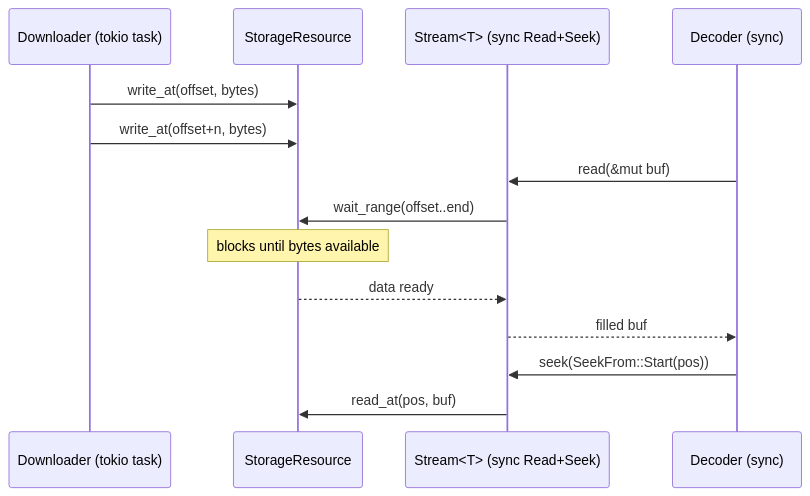
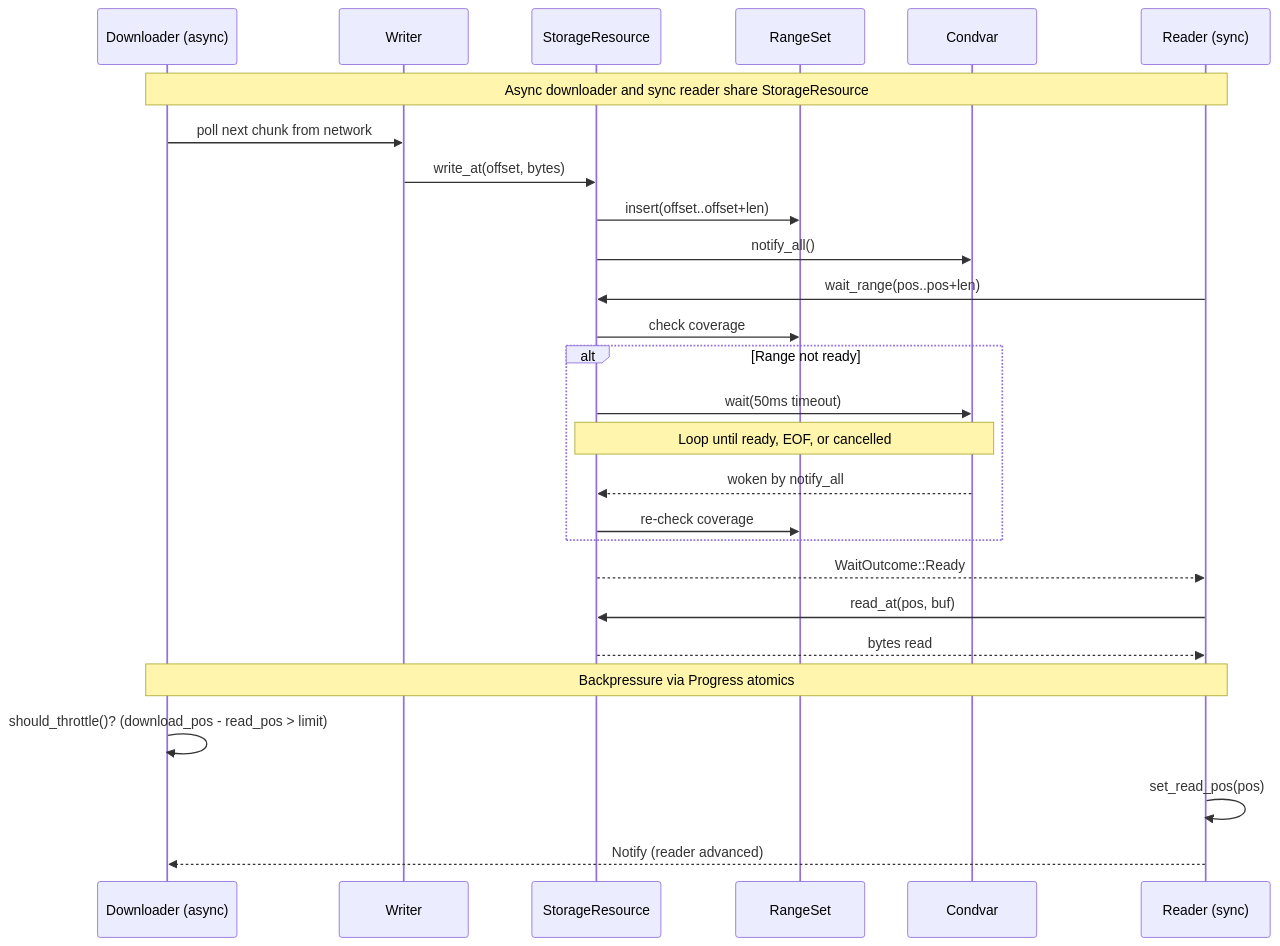
Before and after one commit to zvuk/kithara: the diagram in crates/kithara-stream/README.md, drawn with Mermaid. The commit also changed other lines of this file and 130 other files, not shown here.

````diff
--- a/crates/kithara-stream/README.md
+++ b/crates/kithara-stream/README.md
@@ -22,19 +31,34 @@
 ```mermaid
 sequenceDiagram
-    participant DL as Downloader (tokio task)
+    participant DL as Downloader (async)
+    participant W as Writer
     participant SR as StorageResource
-    participant S as Stream<T> (sync Read+Seek)
-    participant Dec as Decoder (sync)
+    participant RS as RangeSet
+    participant CV as Condvar
+    participant R as Reader (sync)
 
-    DL->>SR: write_at(offset, bytes)
-    DL->>SR: write_at(offset+n, bytes)
+    Note over DL,R: Async downloader and sync reader share StorageResource
 
-    Dec->>S: read(&mut buf)
-    S->>SR: wait_range(offset..end)
-    Note over SR: blocks until bytes available
-    SR-->>S: data ready
-    S-->>Dec: filled buf
+    DL->>W: poll next chunk from network
+    W->>SR: write_at(offset, bytes)
+    SR->>RS: insert(offset..offset+len)
+    SR->>CV: notify_all()
 
-    Dec->>S: seek(SeekFrom::Start(pos))
-    S->>SR: read_at(pos, buf)
+    R->>SR: wait_range(pos..pos+len)
+    SR->>RS: check coverage
+    alt Range not ready
+        SR->>CV: wait(50ms timeout)
+        Note over SR,CV: Loop until ready, EOF, or cancelled
+        CV-->>SR: woken by notify_all
+        SR->>RS: re-check coverage
+    end
+    SR-->>R: WaitOutcome::Ready
+
+    R->>SR: read_at(pos, buf)
+    SR-->>R: bytes read
+
+    Note over DL,R: Backpressure via Progress atomics
+    DL->>DL: should_throttle()? (download_pos - read_pos > limit)
+    R->>R: set_read_pos(pos)
+    R-->>DL: Notify (reader advanced)
 ```
````
